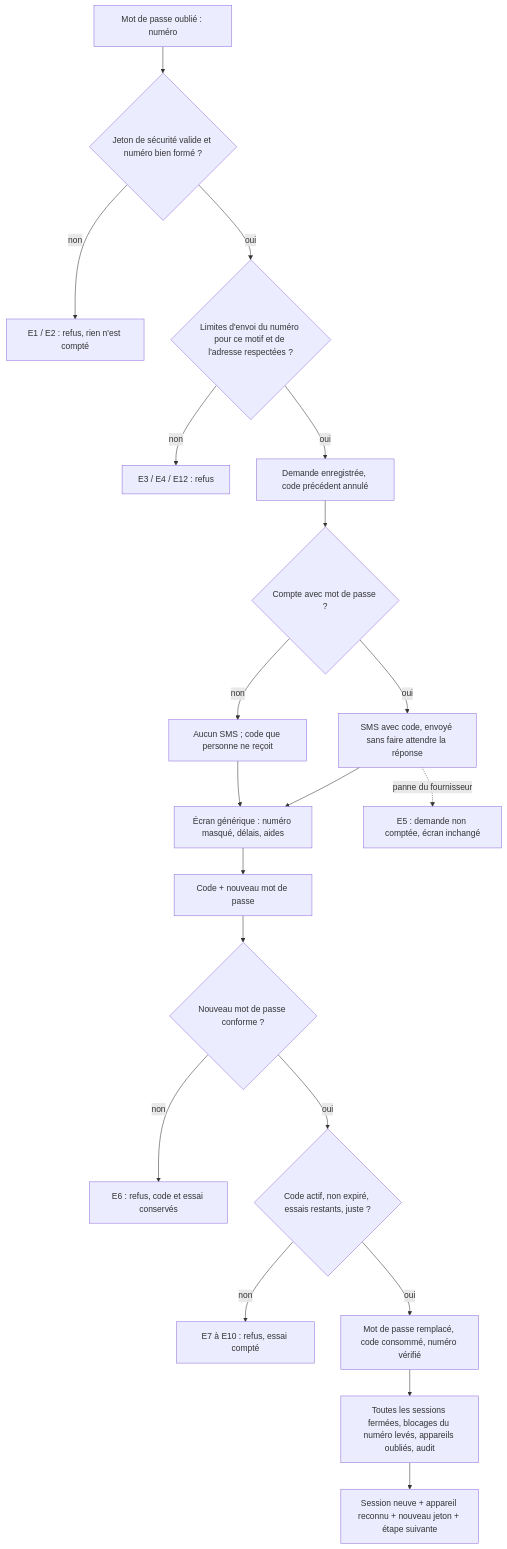
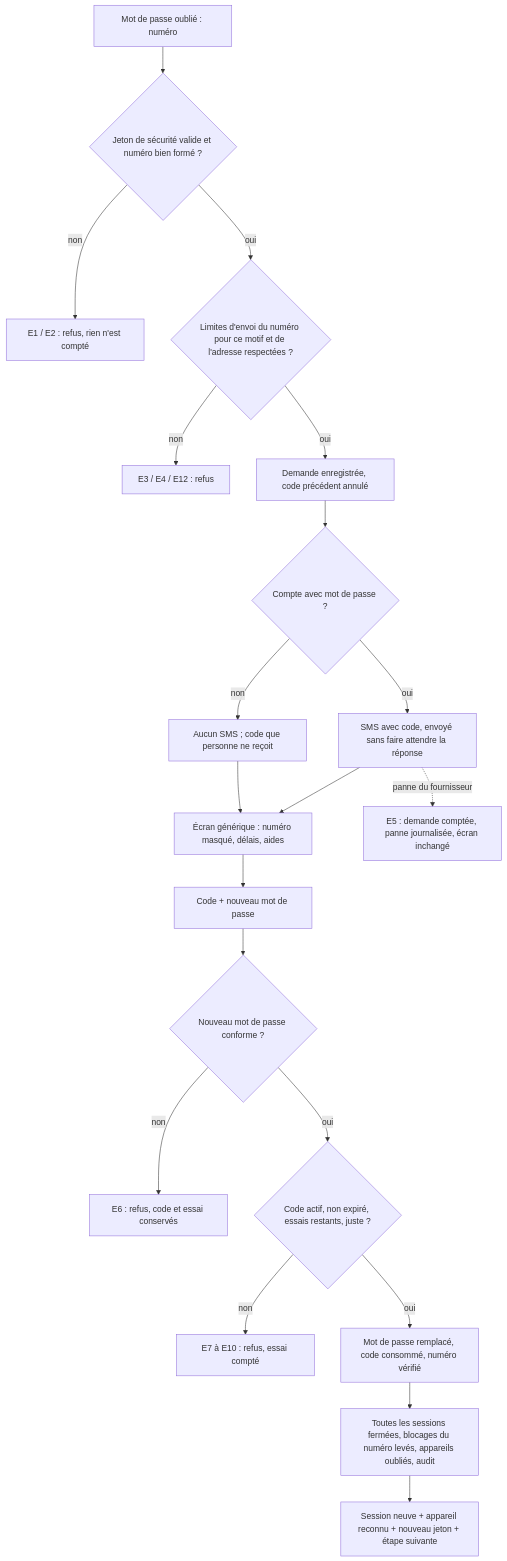
One commit to Patojoel/goMeCoiffer changed the first of 2 diagrams in docs/use-cases/UC-003-reinitialiser-son-mot-de-passe.md. Above: the diagram before and after it, drawn with Mermaid. The commit also changed other lines of this file and 53 other files, not shown here.

````diff
--- a/docs/use-cases/UC-003-reinitialiser-son-mot-de-passe.md
+++ b/docs/use-cases/UC-003-reinitialiser-son-mot-de-passe.md
@@ -172,22 +173,22 @@
 ```mermaid
 flowchart TD
     A[Mot de passe oublié : numéro] --> B{Jeton de sécurité valide et numéro bien formé ?}
     B -- non --> R1[E1 / E2 : refus, rien n'est compté]
     B -- oui --> C{Limites d'envoi du numéro pour ce motif et de l'adresse respectées ?}
     C -- non --> E34[E3 / E4 / E12 : refus]
     C -- oui --> D[Demande enregistrée, code précédent annulé]
     D --> F{Compte avec mot de passe ?}
     F -- oui --> G[SMS avec code, envoyé sans faire attendre la réponse]
     F -- non --> H[Aucun SMS ; code que personne ne reçoit]
     G --> I[Écran générique : numéro masqué, délais, aides]
     H --> I
-    G -. panne du fournisseur .-> E5[E5 : demande non comptée, écran inchangé]
+    G -. panne du fournisseur .-> E5[E5 : demande comptée, panne journalisée, écran inchangé]
     I --> J[Code + nouveau mot de passe]
     J --> K{Nouveau mot de passe conforme ?}
     K -- non --> E6[E6 : refus, code et essai conservés]
     K -- oui --> L{Code actif, non expiré, essais restants, juste ?}
     L -- non --> E710[E7 à E10 : refus, essai compté]
     L -- oui --> M[Mot de passe remplacé, code consommé, numéro vérifié]
     M --> N[Toutes les sessions fermées, blocages du numéro levés, appareils oubliés, audit]
     N --> O[Session neuve + appareil reconnu + nouveau jeton + étape suivante]
 ```
````
